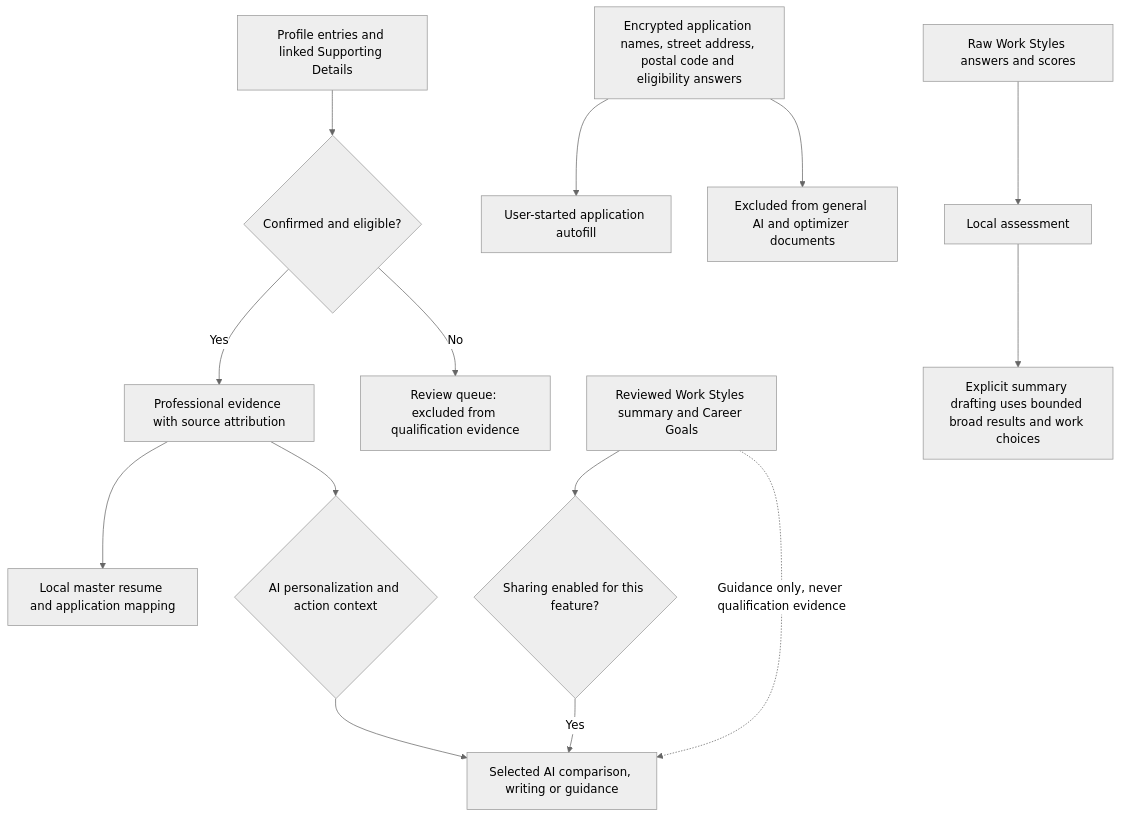
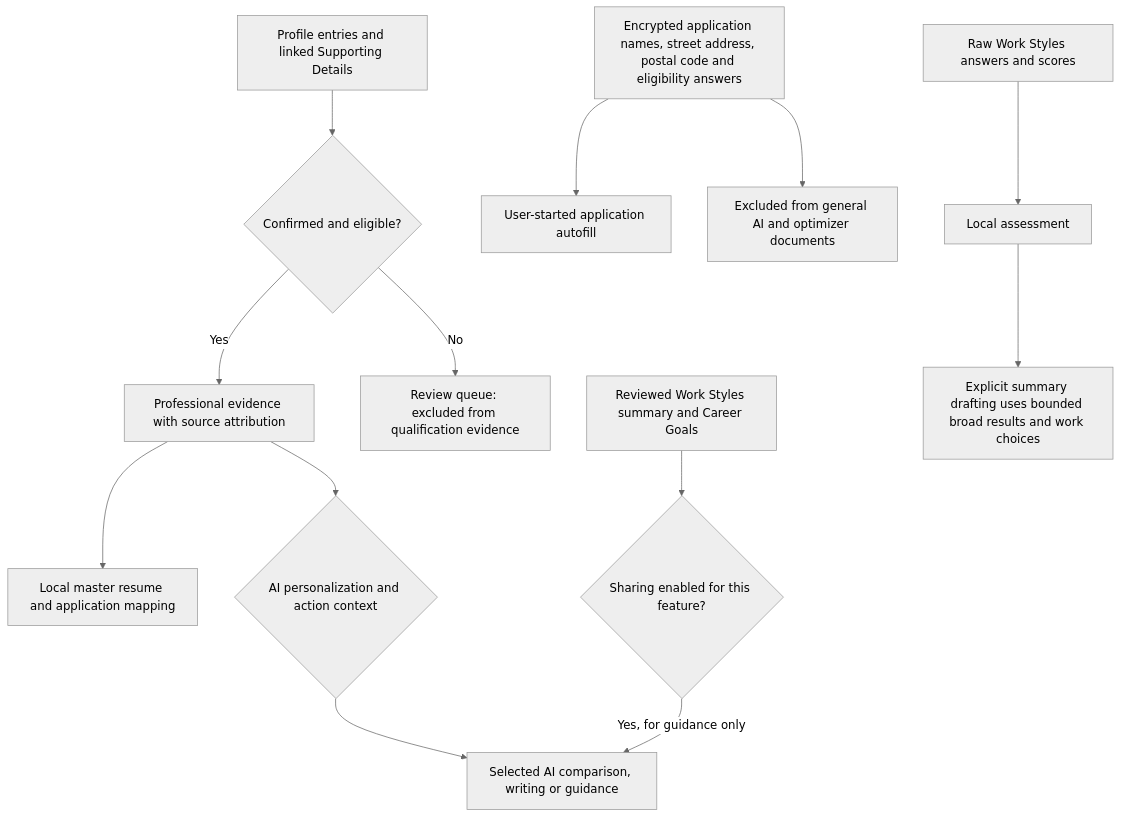
Before and after one commit to nikolasleeb/career-companion-local: the diagram in README.md, drawn with Mermaid (neutral theme). The commit also changed other lines of this file, not shown here.

````diff
--- a/README.md
+++ b/README.md
@@ -18,16 +18,15 @@
 ```mermaid
 flowchart TD
     P[Profile entries and linked Supporting Details] --> C{Confirmed and eligible?}
     C -->|Yes| E[Professional evidence with source attribution]
     C -->|No| Q[Review queue: excluded from qualification evidence]
     E --> M[Local master resume and application mapping]
     E --> G{AI personalization and action context}
     G --> A[Selected AI comparison, writing or guidance]
     W[Reviewed Work Styles summary and Career Goals] --> S{Sharing enabled for this feature?}
-    S -->|Yes| A
-    W -.->|Guidance only, never qualification evidence| A
+    S -->|Yes, for guidance only| A
     V[Encrypted application names, street address, postal code and eligibility answers] --> F[User-started application autofill]
     V --> N[Excluded from general AI and optimizer documents]
     R[Raw Work Styles answers and scores] --> L[Local assessment]
     L --> D[Explicit summary drafting uses bounded broad results and work choices]
 ```
````
